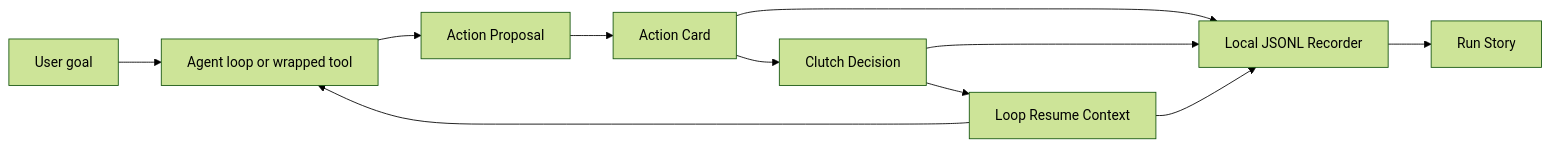
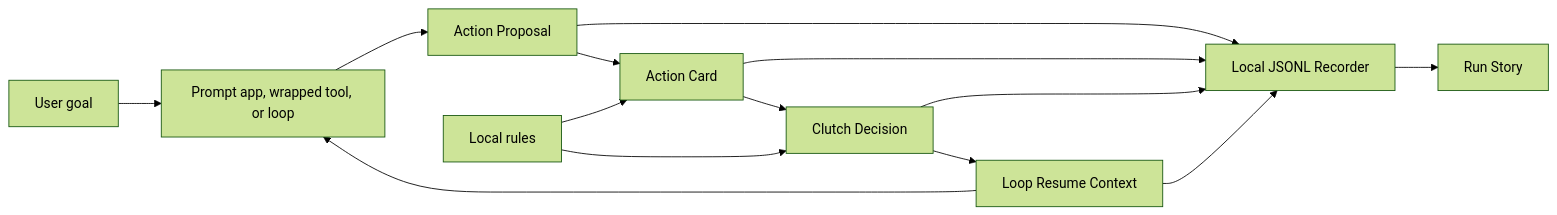
One commit to MelaBuilt-AI/agentclutch changed the diagram in README.md. Above: the diagram before and after it, drawn with Mermaid (forest theme). The commit also changed other lines of this file and 4 other files, not shown here.

````diff
--- a/README.md
+++ b/README.md
@@ -123,13 +137,16 @@
 ```mermaid
 flowchart LR
-  Goal[User goal] --> Loop[Agent loop or wrapped tool]
-  Loop --> Proposal[Action Proposal]
+  Goal[User goal] --> Source[Prompt app, wrapped tool, or loop]
+  Source --> Proposal[Action Proposal]
   Proposal --> Card[Action Card]
   Card --> Decision[Clutch Decision]
   Decision --> Resume[Loop Resume Context]
-  Resume --> Loop
-  Card --> Recorder[Local JSONL Recorder]
+  Resume --> Source
+  Proposal --> Recorder[Local JSONL Recorder]
+  Card --> Recorder
   Decision --> Recorder
   Resume --> Recorder
   Recorder --> Story[Run Story]
+  Rules[Local rules] --> Card
+  Rules --> Decision
 ```
````
